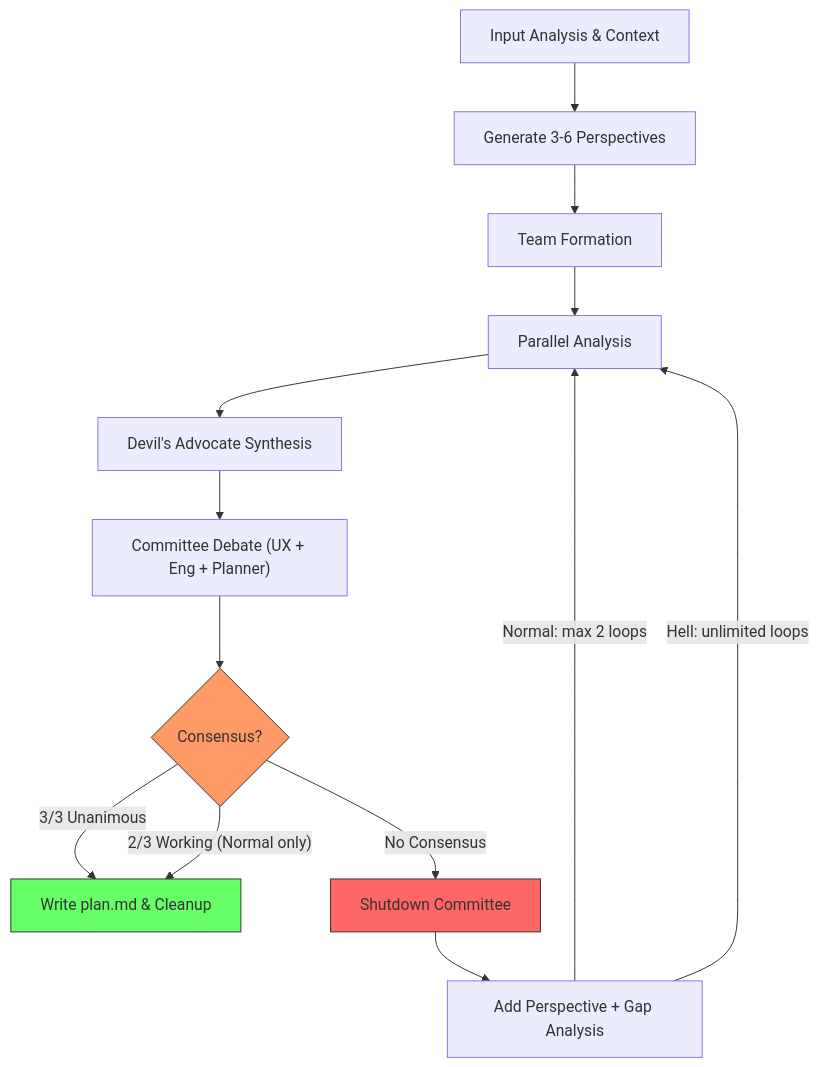
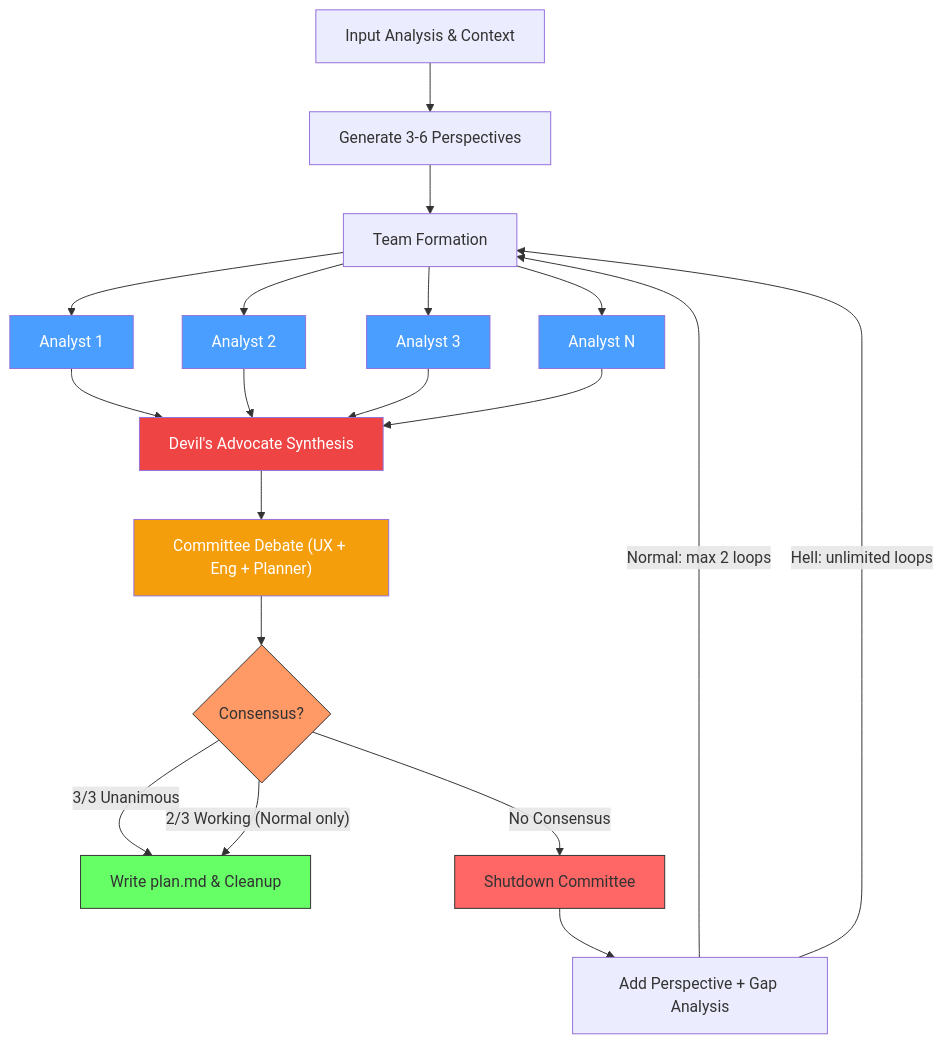
One commit to valentin1235/prism changed the third of 3 diagrams in README.md. Above: the diagram before and after it, drawn with Mermaid. The commit also changed other lines of this file, not shown here.

Commit message:
docs: add philosophy section, show parallel analysts in plan diagram
Add Philosophy section explaining the core principle: hard problems are
solved through diverse perspectives, mirroring how humanity has always
tackled complex challenges. Update plan mermaid to show N parallel
analysts fanning out/in, matching incident/prd visual style.

````diff
--- a/README.md
+++ b/README.md
@@ -301,21 +307,36 @@
 ```mermaid
 graph TD
     A[Input Analysis & Context] --> B[Generate 3-6 Perspectives]
     B --> C[Team Formation]
-    C --> D[Parallel Analysis]
-    D --> E[Devil's Advocate Synthesis]
+
+    C --> D1[Analyst 1]
+    C --> D2[Analyst 2]
+    C --> D3[Analyst 3]
+    C --> DN[Analyst N]
+
+    D1 --> E[Devil's Advocate Synthesis]
+    D2 --> E
+    D3 --> E
+    DN --> E
+
     E --> F["Committee Debate (UX + Eng + Planner)"]
     F --> G{Consensus?}
 
     G -->|"3/3 Unanimous"| H["Write plan.md & Cleanup"]
     G -->|"2/3 Working (Normal only)"| H
     G -->|"No Consensus"| I[Shutdown Committee]
     I --> J[Add Perspective + Gap Analysis]
 
-    J -->|"Normal: max 2 loops"| D
-    J -->|"Hell: unlimited loops"| D
+    J -->|"Normal: max 2 loops"| C
+    J -->|"Hell: unlimited loops"| C
 
+    style D1 fill:#4a9eff,color:#fff
+    style D2 fill:#4a9eff,color:#fff
+    style D3 fill:#4a9eff,color:#fff
+    style DN fill:#4a9eff,color:#fff
+    style E fill:#ef4444,color:#fff
+    style F fill:#f59e0b,color:#fff
     style G fill:#f96,stroke:#333
     style H fill:#6f6,stroke:#333
     style I fill:#f66,stroke:#333
 ```
````
